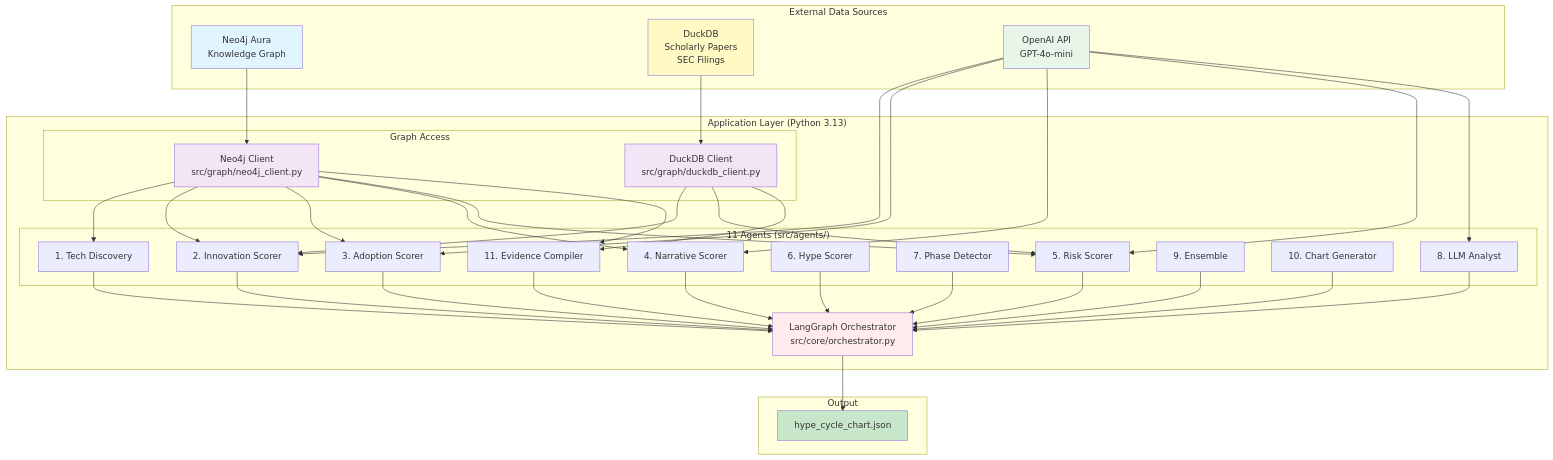
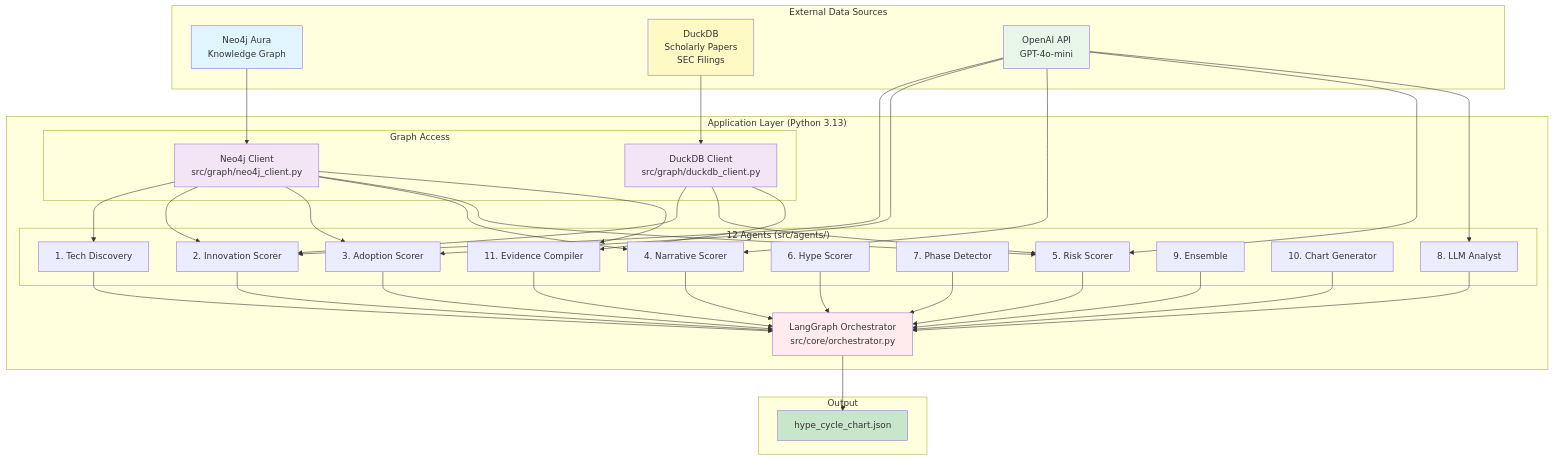
The second of 5 diagrams in src/agents/multi_agentic_approach.md (omontes/pura-vida-sloth), drawn with Mermaid before and after one commit. The commit also changed other lines of this file and 16 other files, not shown here.

````diff
--- a/src/agents/multi_agentic_approach.md
+++ b/src/agents/multi_agentic_approach.md
@@ -4299,76 +4299,76 @@
 ```mermaid
 graph TB
     subgraph "External Data Sources"
         N1[Neo4j Aura<br/>Knowledge Graph]
         D1[DuckDB<br/>Scholarly Papers<br/>SEC Filings]
         O1[OpenAI API<br/>GPT-4o-mini]
     end
 
     subgraph "Application Layer (Python 3.13)"
         subgraph "Graph Access"
             G1[Neo4j Client<br/>src/graph/neo4j_client.py]
             G2[DuckDB Client<br/>src/graph/duckdb_client.py]
         end
 
-        subgraph "11 Agents (src/agents/)"
+        subgraph "12 Agents (src/agents/)"
             A1[1. Tech Discovery]
             A2[2. Innovation Scorer]
             A3[3. Adoption Scorer]
             A4[4. Narrative Scorer]
             A5[5. Risk Scorer]
             A6[6. Hype Scorer]
             A7[7. Phase Detector]
             A8[8. LLM Analyst]
             A9[9. Ensemble]
             A10[10. Chart Generator]
             A11[11. Evidence Compiler]
         end
 
         L1[LangGraph Orchestrator<br/>src/core/orchestrator.py]
     end
 
     subgraph "Output"
         OUT[hype_cycle_chart.json]
     end
 
     N1 --> G1
     D1 --> G2
     O1 --> A2
     O1 --> A3
     O1 --> A4
     O1 --> A5
     O1 --> A8
 
     G1 --> A1
     G1 --> A2
     G1 --> A3
     G1 --> A4
     G1 --> A5
     G1 --> A11
 
     G2 --> A2
     G2 --> A5
     G2 --> A11
 
     A1 --> L1
     A2 --> L1
     A3 --> L1
     A4 --> L1
     A5 --> L1
     A6 --> L1
     A7 --> L1
     A8 --> L1
     A9 --> L1
     A10 --> L1
     A11 --> L1
 
     L1 --> OUT
 
     style N1 fill:#e1f5fe
     style D1 fill:#fff9c4
     style O1 fill:#e8f5e9
     style G1 fill:#f3e5f5
     style G2 fill:#f3e5f5
     style L1 fill:#ffebee
     style OUT fill:#c8e6c9
 ```
````
